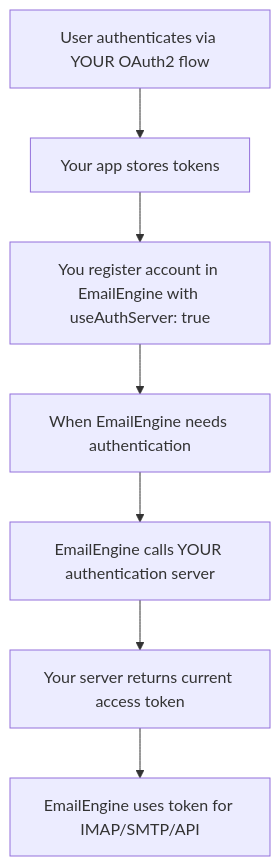
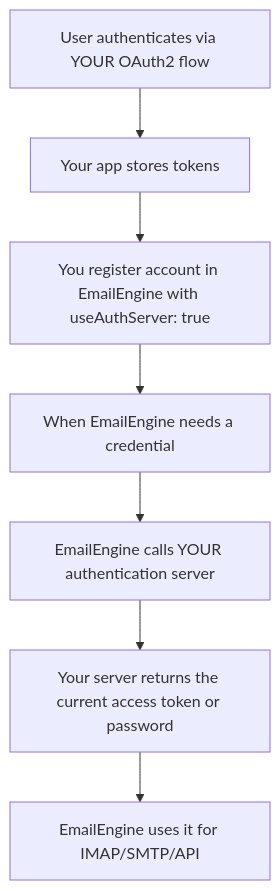
The second of 2 diagrams in docs/accounts/authentication-server.md (postalsys/learn.emailengine.app), drawn with Mermaid before and after one commit. The commit also changed other lines of this file and 21 other files, not shown here.

````diff
--- a/docs/accounts/authentication-server.md
+++ b/docs/accounts/authentication-server.md
@@ -32,9 +32,9 @@
 ```mermaid
 flowchart TD
     A[User authenticates via YOUR OAuth2 flow] --> B[Your app stores tokens]
     B --> C[You register account in EmailEngine with useAuthServer: true]
-    C --> D[When EmailEngine needs authentication]
+    C --> D[When EmailEngine needs a credential]
     D --> E[EmailEngine calls YOUR authentication server]
-    E --> F[Your server returns current access token]
-    F --> G[EmailEngine uses token for IMAP/SMTP/API]
+    E --> F[Your server returns the current access token or password]
+    F --> G[EmailEngine uses it for IMAP/SMTP/API]
 ```
````
